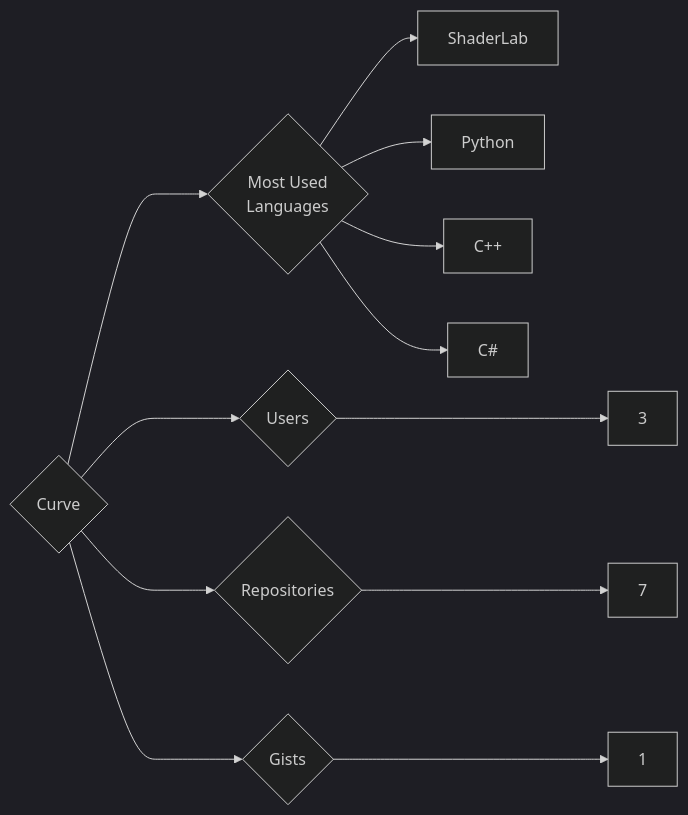
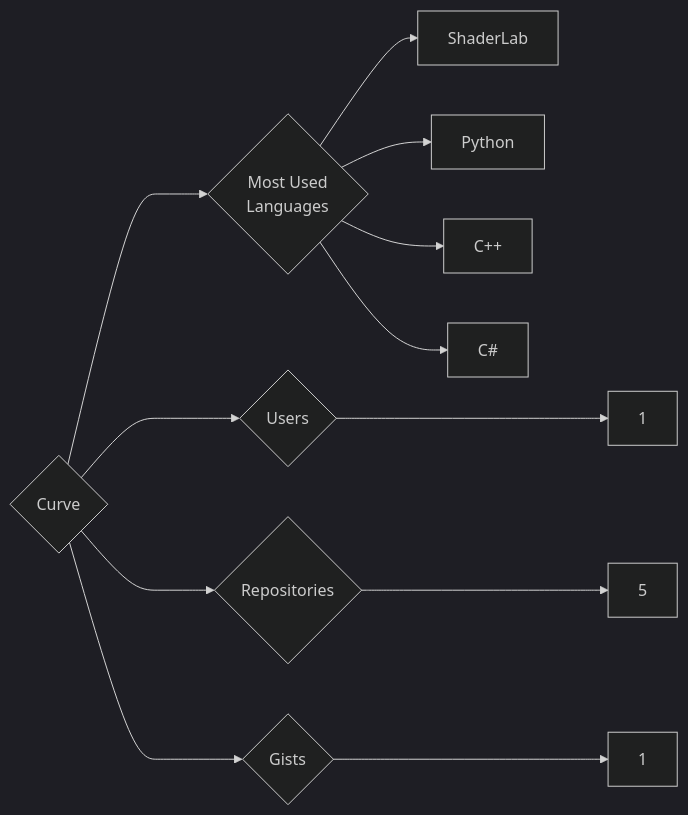
The diagram in targets/Curve/README.md (trickest/insiders), drawn with Mermaid (dark theme) before and after one commit. The commit also changed 988 other files, not shown here.

````diff
--- a/targets/Curve/README.md
+++ b/targets/Curve/README.md
@@ -3,12 +3,12 @@
 ```mermaid
 graph LR
 COMPANY_NAME{Curve}
-COMPANY_NAME ---> U{Users} ---> UN[3]
-COMPANY_NAME ---> R{Repositories} ---> RN[7]
+COMPANY_NAME ---> U{Users} ---> UN[1]
+COMPANY_NAME ---> R{Repositories} ---> RN[5]
 COMPANY_NAME ---> G{Gists} ---> GN[1]
 COMPANY_NAME ---> ML{Most Used<br>Languages}
 ML --> ShaderLab[ShaderLab]
 ML --> Python[Python]
 ML --> C++[C++]
 ML --> C#[C#]
 ```
````
